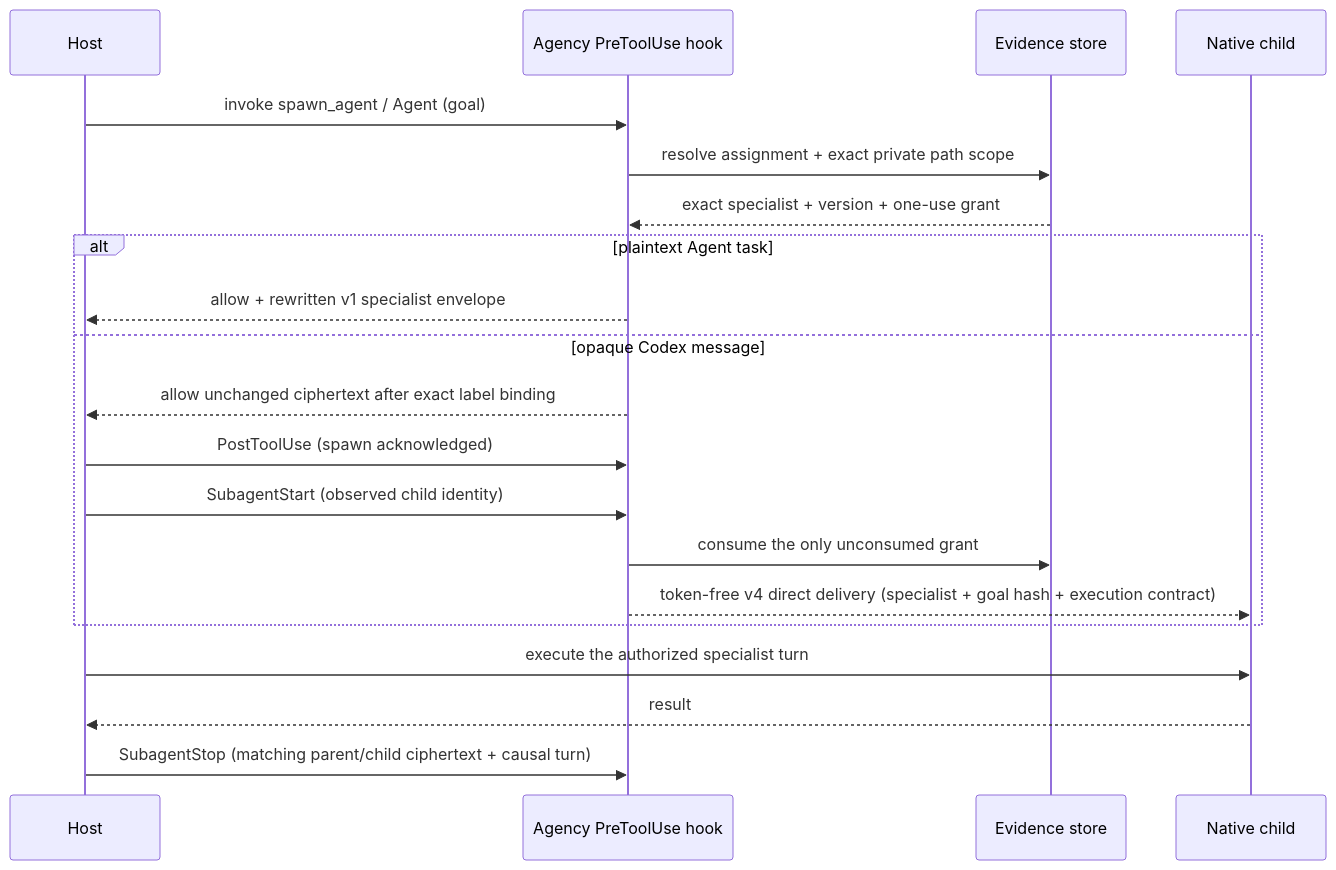
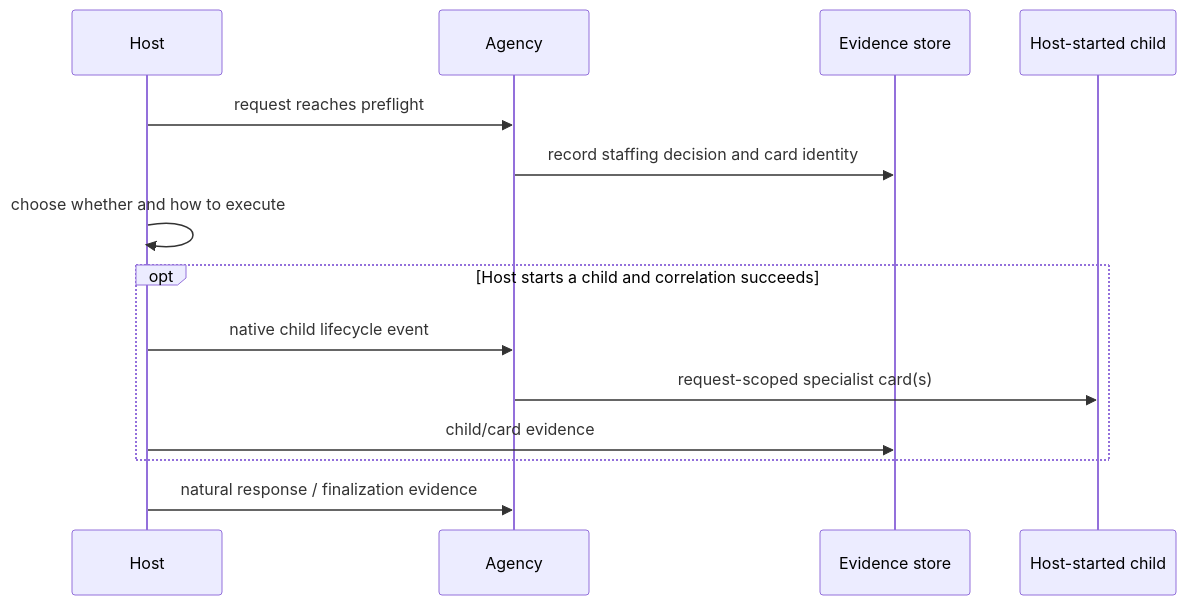
One commit to Holeshot-Software-LLC/agency-runtime changed the second of 2 diagrams in README.md. Above: the diagram before and after it, drawn with Mermaid. The commit also changed other lines of this file and 21 other files, not shown here.

Commit message:
feat(dashboard): align operator evidence with staffing vision

````diff
--- a/README.md
+++ b/README.md
@@ -227,22 +213,16 @@
 ```mermaid
 sequenceDiagram
     participant Host
-    participant Hook as Agency PreToolUse hook
+    participant Agency
     participant Store as Evidence store
-    participant Child as Native child
-    Host->>Hook: invoke spawn_agent / Agent (goal)
-    Hook->>Store: resolve assignment + exact private path scope
-    Store-->>Hook: exact specialist + version + one-use grant
-    alt plaintext Agent task
-        Hook-->>Host: allow + rewritten v1 specialist envelope
-    else opaque Codex message
-        Hook-->>Host: allow unchanged ciphertext after exact label binding
-        Host->>Hook: PostToolUse (spawn acknowledged)
-        Host->>Hook: SubagentStart (observed child identity)
-        Hook->>Store: consume the only unconsumed grant
-        Hook-->>Child: token-free v4 direct delivery (specialist + goal hash + execution contract)
+    participant Child as Host-started child
+    Host->>Agency: request reaches preflight
+    Agency->>Store: record staffing decision and card identity
+    Host->>Host: choose whether and how to execute
+    opt Host starts a child and correlation succeeds
+        Host->>Agency: native child lifecycle event
+        Agency->>Child: request-scoped specialist card(s)
+        Host->>Store: child/card evidence
     end
-    Host->>Child: execute the authorized specialist turn
-    Child-->>Host: result
-    Host->>Hook: SubagentStop (matching parent/child ciphertext + causal turn)
+    Host->>Agency: natural response / finalization evidence
 ```
````
